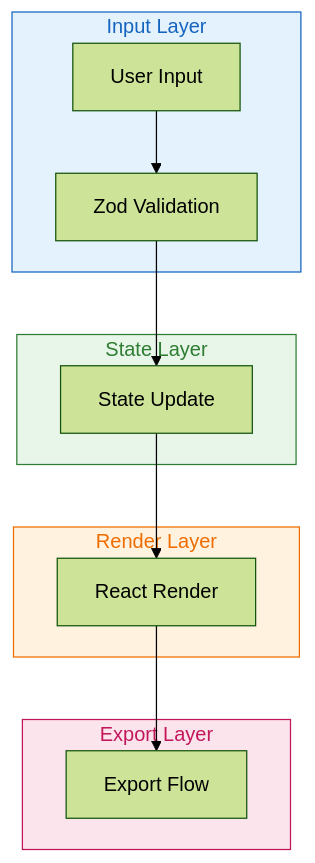
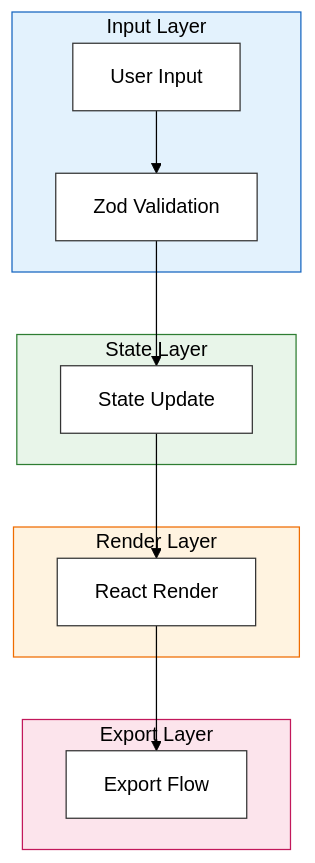
One commit to girishlade111/lade-slides-studio changed the third of 4 diagrams in README.md. Above: the diagram before and after it, drawn with Mermaid (forest theme). The commit also changed other lines of this file, not shown here.

Commit message:
style: update mermaid diagram styling for improved readability and text contrast

````diff
--- a/README.md
+++ b/README.md
@@ -128,23 +130,25 @@
 ```mermaid
 flowchart TB
+    classDef default fill:#ffffff,stroke:#333,stroke-width:1px,color:#000000
+
     subgraph InputLayer["Input Layer"]
         UserInput[User Input] --> Validate[Zod Validation]
     end
 
     subgraph StateLayer["State Layer"]
         Validate --> Update[State Update]
     end
 
     subgraph RenderLayer["Render Layer"]
         Update --> Render[React Render]
     end
 
     subgraph ExportLayer["Export Layer"]
         Render --> ExportFlow[Export Flow]
     end
 
-    style InputLayer fill:#e3f2fd,stroke:#1565c0,color:#1565c0
-    style StateLayer fill:#e8f5e9,stroke:#2e7d32,color:#2e7d32
-    style RenderLayer fill:#fff3e0,stroke:#ef6c00,color:#ef6c00
-    style ExportLayer fill:#fce4ec,stroke:#c2185b,color:#c2185b
+    style InputLayer fill:#e3f2fd,stroke:#1565c0,color:#000000
+    style StateLayer fill:#e8f5e9,stroke:#2e7d32,color:#000000
+    style RenderLayer fill:#fff3e0,stroke:#ef6c00,color:#000000
+    style ExportLayer fill:#fce4ec,stroke:#c2185b,color:#000000
 ```
````
